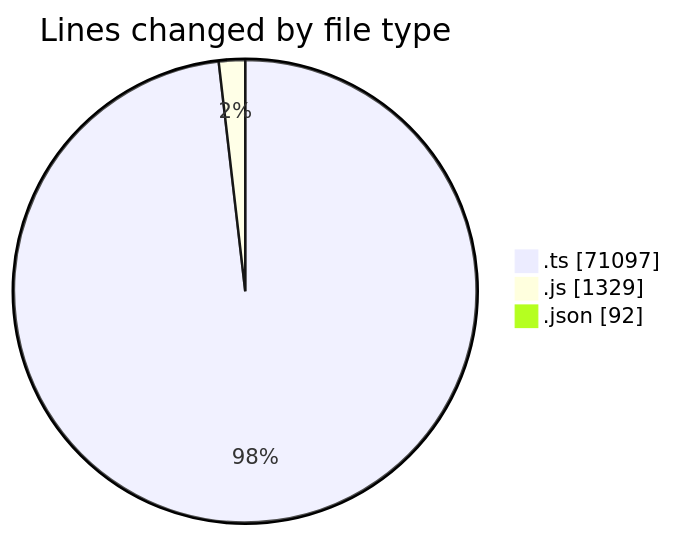
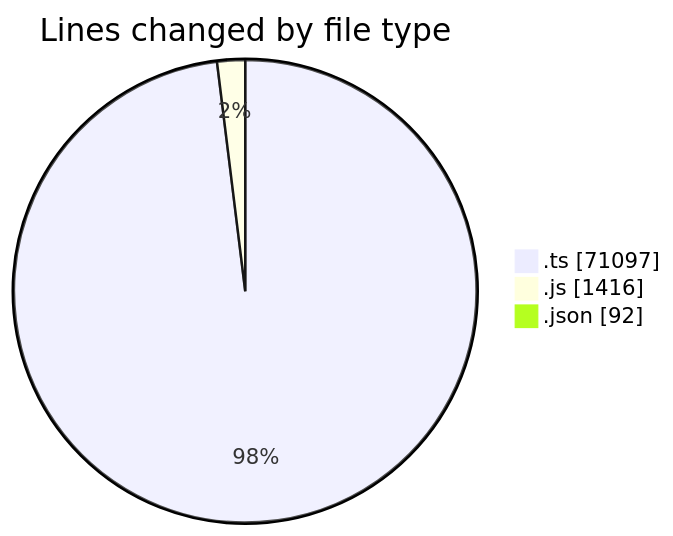
One commit to momahboobian/code-tracking changed the first of 2 diagrams in 2025-09-29/cda/README.md. Above: the diagram before and after it, drawn with Mermaid. The commit also changed other lines of this file and 1 other file, not shown here.

````diff
--- a/2025-09-29/cda/README.md
+++ b/2025-09-29/cda/README.md
@@ -35,7 +38,7 @@
 ```mermaid
 pie showData
 title Lines changed by file type
 ".ts" : 71097
-".js" : 1329
+".js" : 1416
 ".json" : 92
 ```
````
